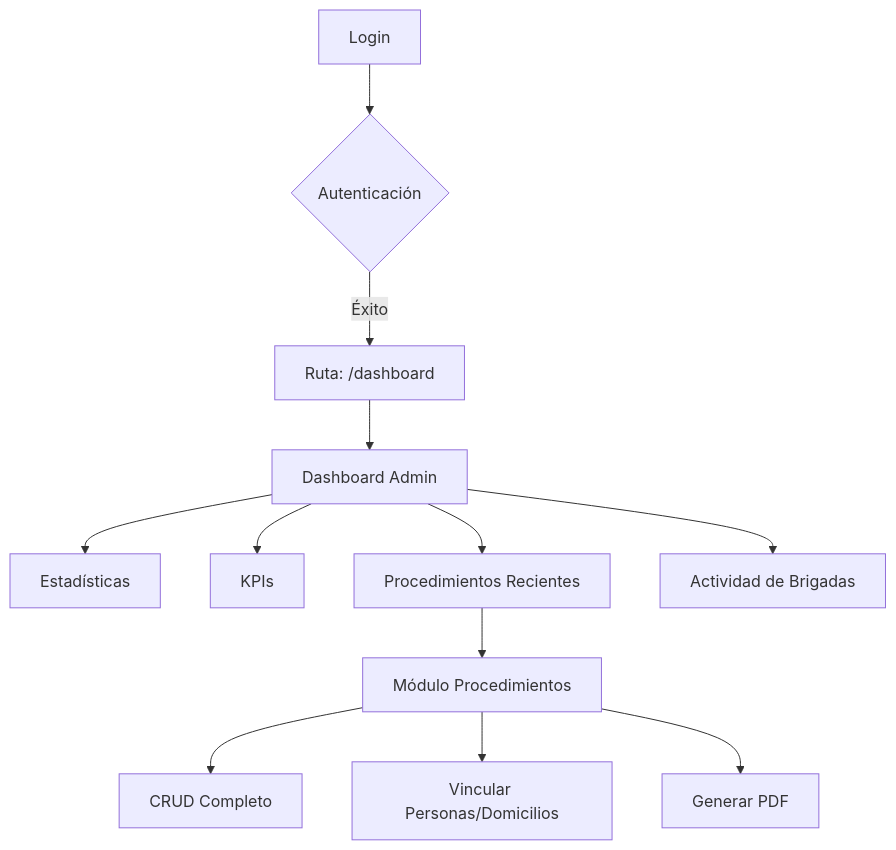
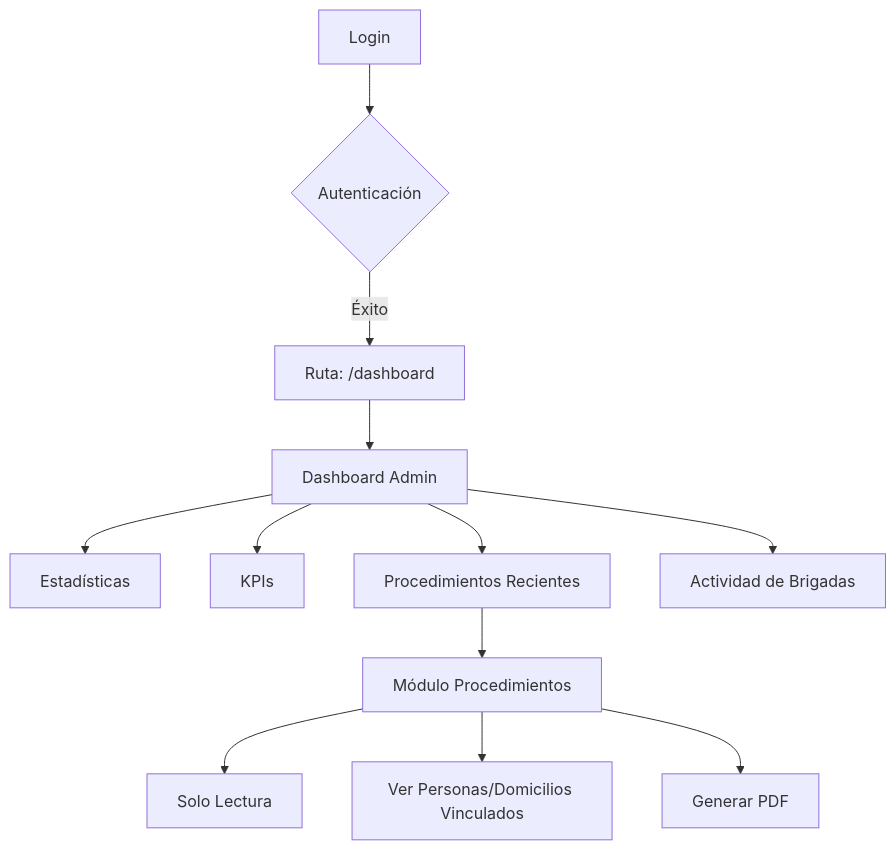
One commit to MaxiFlorez/ardip-v1 changed the second of 4 diagrams in SISTEMA_ROLES_Y_PERMISOS.md. Above: the diagram before and after it, drawn with Mermaid. The commit also changed other lines of this file and 29 other files, not shown here.

````diff
--- a/SISTEMA_ROLES_Y_PERMISOS.md
+++ b/SISTEMA_ROLES_Y_PERMISOS.md
@@ -204,14 +215,14 @@
 ```mermaid
 graph TD
     A[Login] --> B{Autenticación}
     B -->|Éxito| C[Ruta: /dashboard]
     C --> D[Dashboard Admin]
     D --> E[Estadísticas]
     D --> F[KPIs]
     D --> G[Procedimientos Recientes]
     D --> H[Actividad de Brigadas]
     G --> I[Módulo Procedimientos]
-    I --> J[CRUD Completo]
-    I --> K[Vincular Personas/Domicilios]
+    I --> J[Solo Lectura]
+    I --> K[Ver Personas/Domicilios Vinculados]
     I --> L[Generar PDF]
 ```
````
